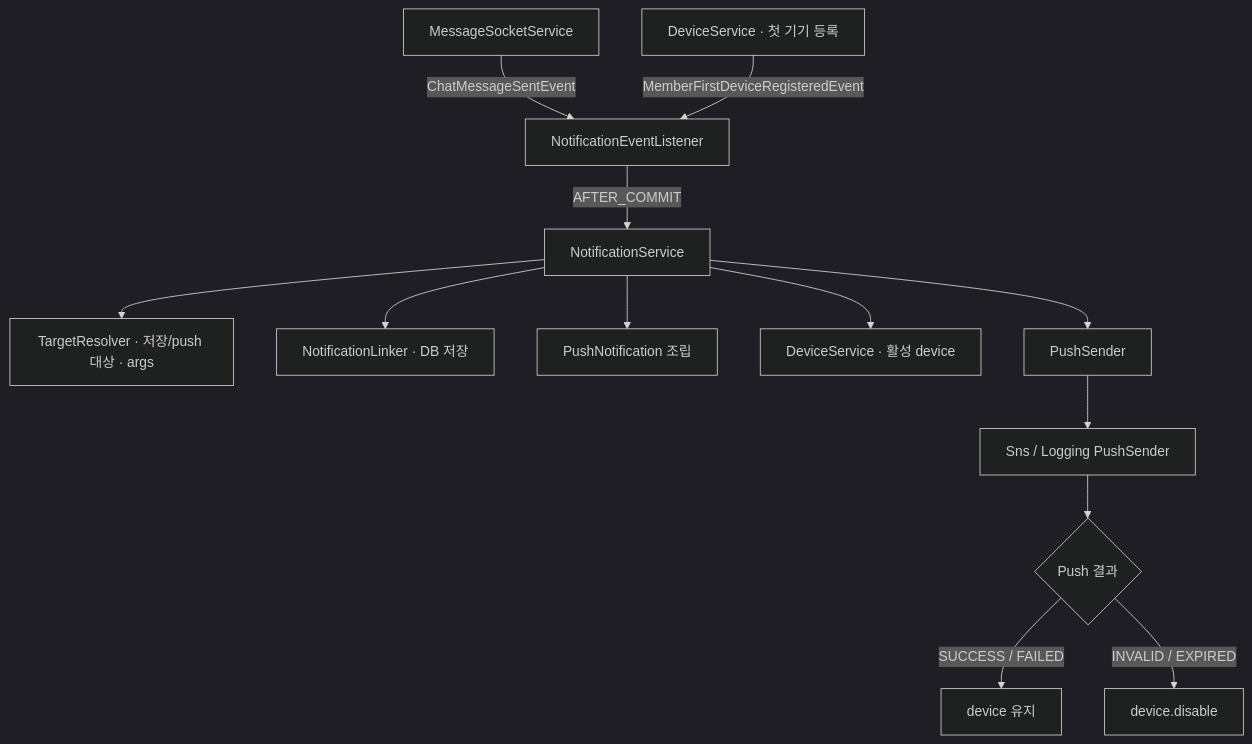
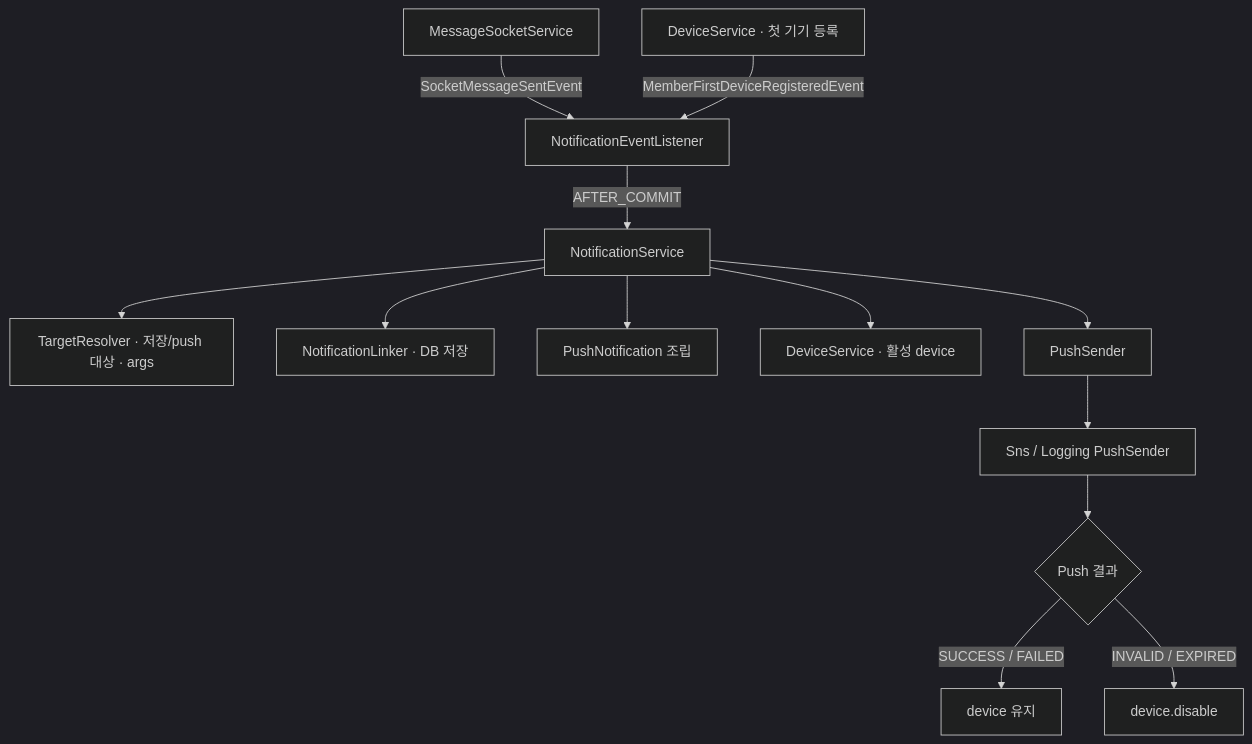
The first of 4 diagrams in apps/api/docs/notification-architecture.md (mortonCareer/bconnect), drawn with Mermaid (dark theme) before and after one commit. The commit also changed other lines of this file, not shown here.

````diff
--- a/apps/api/docs/notification-architecture.md
+++ b/apps/api/docs/notification-architecture.md
@@ -7,15 +7,15 @@
 ```mermaid
 flowchart TD
-    Socket[MessageSocketService] -- ChatMessageSentEvent --> Listener[NotificationEventListener]
+    Socket[MessageSocketService] -- SocketMessageSentEvent --> Listener[NotificationEventListener]
     DevReg[DeviceService · 첫 기기 등록] -- MemberFirstDeviceRegisteredEvent --> Listener
     Listener -- AFTER_COMMIT --> Svc[NotificationService]
     Svc --> Resolver[TargetResolver · 저장/push 대상 · args]
     Svc --> Linker[NotificationLinker · DB 저장]
     Svc --> Msg[PushNotification 조립]
     Svc --> Device[DeviceService · 활성 device]
     Svc --> Sender[PushSender]
     Sender --> Infra[Sns / Logging PushSender]
     Infra --> Res{Push 결과}
     Res -- SUCCESS / FAILED --> Keep[device 유지]
     Res -- INVALID / EXPIRED --> Off[device.disable]
 ```
````
